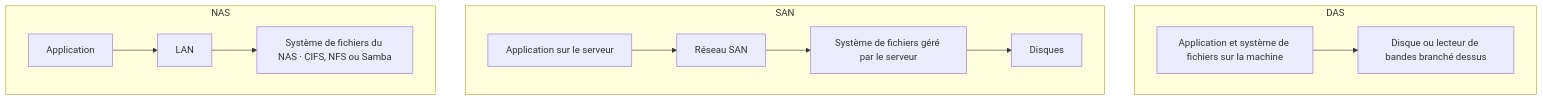
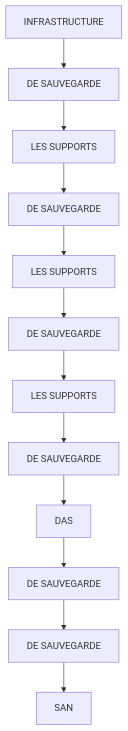
The diagram in docs/modules/16-sauvegarde-et-restauration/module-03-gestion-du-stockage.md (sk34pk25/tssr-cours), drawn with Mermaid before and after one commit. The commit also changed other lines of this file and 3 other files, not shown here.

````diff
--- a/docs/modules/16-sauvegarde-et-restauration/module-03-gestion-du-stockage.md
+++ b/docs/modules/16-sauvegarde-et-restauration/module-03-gestion-du-stockage.md
@@ -260,12 +274,26 @@
     ```mermaid
-    flowchart TB
-        subgraph das["DAS"]
-            AD["Application et système de fichiers sur la machine"] --> DD["Disque ou lecteur de bandes branché dessus"]
-        end
-        subgraph san["SAN"]
-            AS["Application sur le serveur"] --> SN["Réseau SAN"] --> FS["Système de fichiers géré par le serveur"] --> DK["Disques"]
-        end
-        subgraph nas["NAS"]
-            AN["Application"] --> LN["LAN"] --> NF["Système de fichiers du NAS · CIFS, NFS ou Samba"]
-        end
+    flowchart TD
+        N1["INFRASTRUCTURE"]
+        N2["DE SAUVEGARDE"]
+        N3["LES SUPPORTS"]
+        N4["DE SAUVEGARDE"]
+        N5["LES SUPPORTS"]
+        N6["DE SAUVEGARDE"]
+        N7["LES SUPPORTS"]
+        N8["DE SAUVEGARDE"]
+        N9["DAS"]
+        N10["DE SAUVEGARDE"]
+        N11["DE SAUVEGARDE"]
+        N12["SAN"]
+        N1 --> N2
+        N2 --> N3
+        N3 --> N4
+        N4 --> N5
+        N5 --> N6
+        N6 --> N7
+        N7 --> N8
+        N8 --> N9
+        N9 --> N10
+        N10 --> N11
+        N11 --> N12
     ```
````
